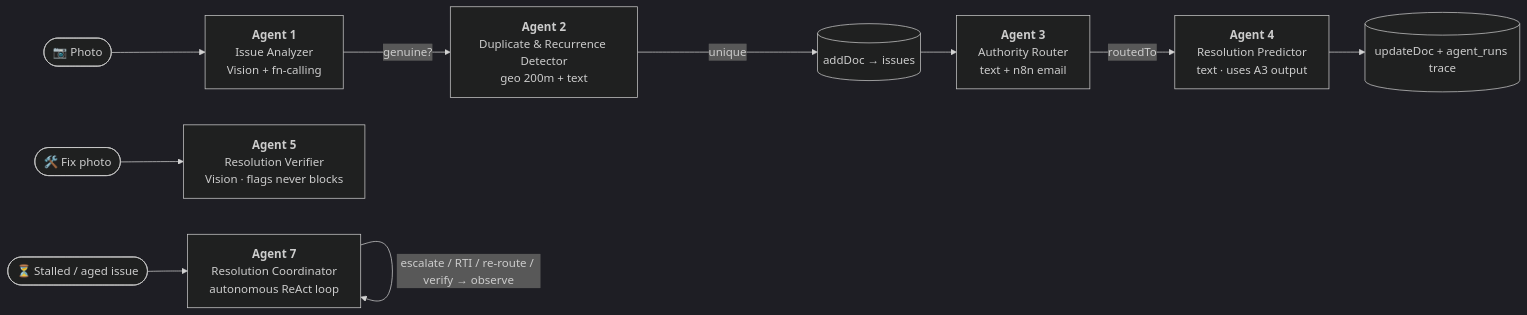
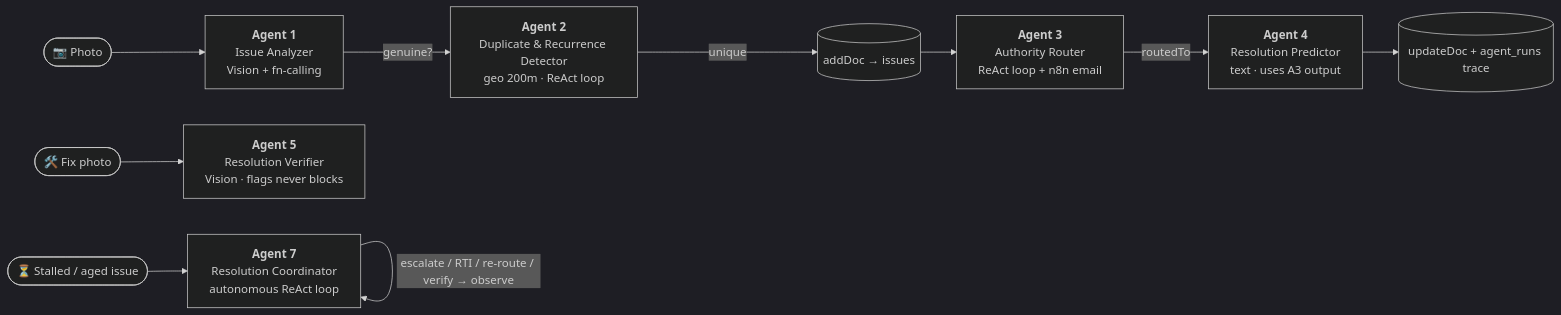
The first of 3 diagrams in README.md (siddhesh8k/janashakti), drawn with Mermaid (dark theme) before and after one commit. The commit also changed other lines of this file and 5 other files, not shown here.

First line of the commit message:
docs: sync README/ARCHITECTURE/FEATURES/SUBMISSION/BATTLE_PLAN/E2E to current code

````diff
--- a/README.md
+++ b/README.md
@@ -148,13 +148,13 @@
 ```mermaid
 flowchart LR
     Photo([📷 Photo]) --> A1
     A1["<b>Agent 1</b><br/>Issue Analyzer<br/>Vision + fn-calling"]
-    A1 -->|genuine?| A2["<b>Agent 2</b><br/>Duplicate & Recurrence Detector<br/>geo 200m + text"]
+    A1 -->|genuine?| A2["<b>Agent 2</b><br/>Duplicate & Recurrence Detector<br/>geo 200m · ReAct loop"]
     A2 -->|unique| Save[(addDoc → issues)]
-    Save --> A3["<b>Agent 3</b><br/>Authority Router<br/>text + n8n email"]
+    Save --> A3["<b>Agent 3</b><br/>Authority Router<br/>ReAct loop + n8n email"]
     A3 -->|routedTo| A4["<b>Agent 4</b><br/>Resolution Predictor<br/>text · uses A3 output"]
     A4 --> Persist[(updateDoc + agent_runs trace)]
     Fix([🛠️ Fix photo]) --> A5["<b>Agent 5</b><br/>Resolution Verifier<br/>Vision · flags never blocks"]
     Stalled([⏳ Stalled / aged issue]) --> A7["<b>Agent 7</b><br/>Resolution Coordinator<br/>autonomous ReAct loop"]
     A7 -->|"escalate / RTI / re-route / verify → observe"| A7
 ```
````
